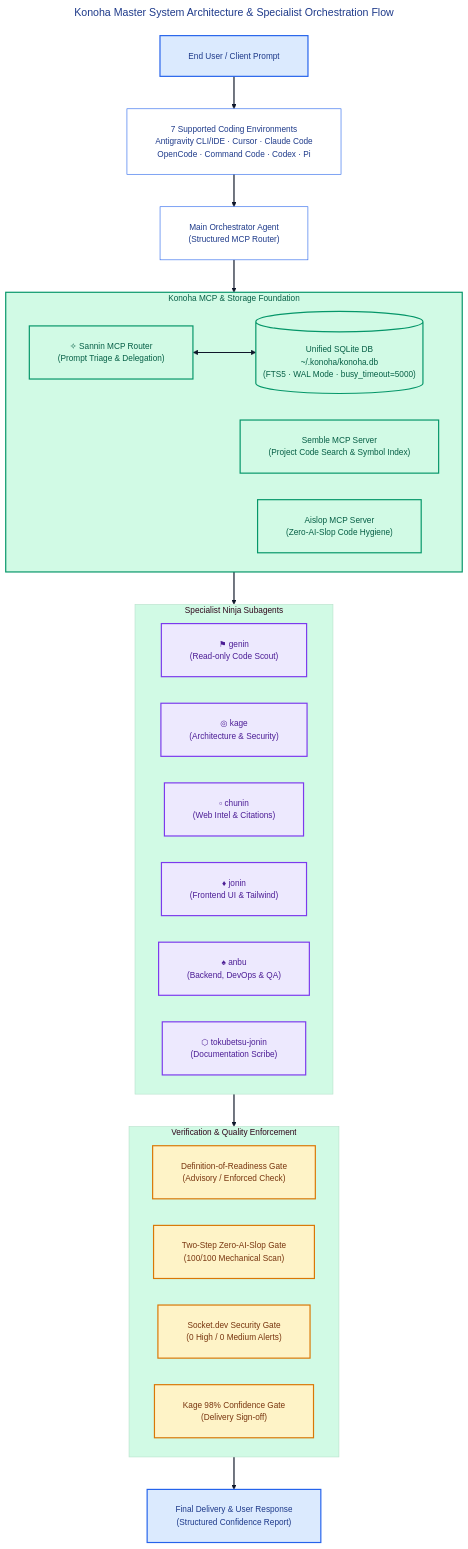
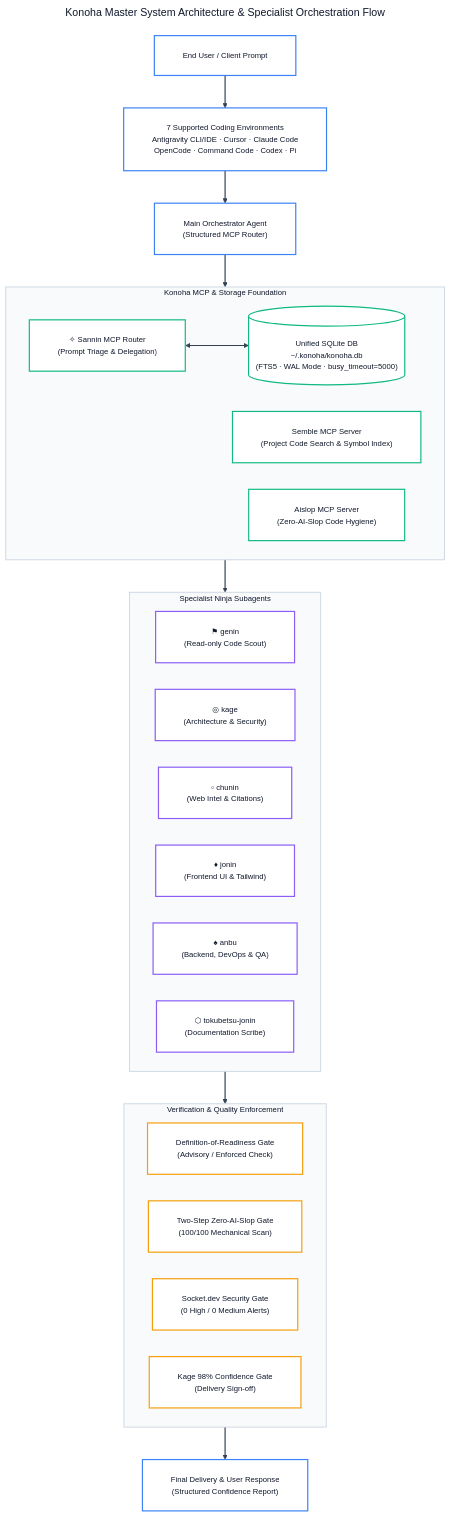
The first of 14 diagrams in docs/ALL-WORKFLOW-DIAGRAMS.md (andycungkrinx91/konoha), drawn with Mermaid before and after one commit. The commit also changed other lines of this file and 107 other files, not shown here.

````diff
--- a/docs/ALL-WORKFLOW-DIAGRAMS.md
+++ b/docs/ALL-WORKFLOW-DIAGRAMS.md
@@ -27,68 +28,74 @@
 ```mermaid
 ---
 title: Konoha Master System Architecture & Specialist Orchestration Flow
 config:
   theme: base
   themeVariables:
+    darkMode: false
     background: '#ffffff'
     mainBkg: '#ffffff'
-    primaryColor: '#dbeafe'
-    primaryTextColor: '#1e3a8a'
-    primaryBorderColor: '#2563eb'
-    lineColor: '#0f172a'
-    arrowheadColor: '#0f172a'
-    secondaryColor: '#ede9fe'
-    tertiaryColor: '#d1fae5'
-    fontFamily: 'Inter, system-ui, sans-serif'
-    fontSize: '14px'
+    primaryColor: '#ffffff'
+    primaryTextColor: '#0f172a'
+    primaryBorderColor: '#3b82f6'
+    lineColor: '#334155'
+    arrowheadColor: '#334155'
+    secondaryColor: '#f8fafc'
+    tertiaryColor: '#ffffff'
+    fontFamily: 'Inter, system-ui, -apple-system, sans-serif'
+    fontSize: '13px'
   flowchart:
     nodeSpacing: 45
     rankSpacing: 55
     padding: 24
     wrappingWidth: 380
 ---
 flowchart TB
     UserPrompt["End User / Client Prompt"] --> Clients["7 Supported Coding Environments<br/>Antigravity CLI/IDE · Cursor · Claude Code<br/>OpenCode · Command Code · Codex · Pi"]
     Clients --> Orchestrator["Main Orchestrator Agent<br/>(Structured MCP Router)"]
 
     subgraph CoreMCP ["Konoha MCP & Storage Foundation"]
-        SanninRouter["✧ Sannin MCP Router<br/>(Prompt Triage & Delegation)"]
+        SanninRouter["✧ Sannin MCP Router<br/>(Prompt Triage &amp; Delegation)"]
         SQLiteDB[("Unified SQLite DB<br/>~/.konoha/konoha.db<br/>(FTS5 · WAL Mode · busy_timeout=5000)")]
-        SembleSearch["Semble MCP Server<br/>(Project Code Search & Symbol Index)"]
+        SembleSearch["Semble MCP Server<br/>(Project Code Search &amp; Symbol Index)"]
         AislopScanner["Aislop MCP Server<br/>(Zero-AI-Slop Code Hygiene)"]
         SanninRouter <--> SQLiteDB
     end
 
     Orchestrator --> CoreMCP
 
     subgraph NinjaTeam ["Specialist Ninja Subagents"]
         Genin["⚑ genin<br/>(Read-only Code Scout)"]
-        Kage["◎ kage<br/>(Architecture & Security)"]
-        Chunin["▫ chunin<br/>(Web Intel & Citations)"]
-        Jonin["♦ jonin<br/>(Frontend UI & Tailwind)"]
-        Anbu["♠ anbu<br/>(Backend, DevOps & QA)"]
+        Kage["◎ kage<br/>(Architecture &amp; Security)"]
+        Chunin["▫ chunin<br/>(Web Intel &amp; Citations)"]
+        Jonin["♦ jonin<br/>(Frontend UI &amp; Tailwind)"]
+        Anbu["♠ anbu<br/>(Backend, DevOps &amp; QA)"]
         Tokubetsu["⬡ tokubetsu-jonin<br/>(Documentation Scribe)"]
     end
 
     CoreMCP --> NinjaTeam
 
     subgraph QualityGate ["Verification & Quality Enforcement"]
         DoRGate["Definition-of-Readiness Gate<br/>(Advisory / Enforced Check)"]
         SlopGate["Two-Step Zero-AI-Slop Gate<br/>(100/100 Mechanical Scan)"]
         SocketGate["Socket.dev Security Gate<br/>(0 High / 0 Medium Alerts)"]
         ConfidenceGate["Kage 98% Confidence Gate<br/>(Delivery Sign-off)"]
     end
 
     NinjaTeam --> QualityGate
-    QualityGate --> Delivery["Final Delivery & User Response<br/>(Structured Confidence Report)"]
+    QualityGate --> Delivery["Final Delivery &amp; User Response<br/>(Structured Confidence Report)"]
 
-    linkStyle default stroke:#0f172a,stroke-width:2px;
-    classDef user fill:#dbeafe,stroke:#2563eb,color:#1e3a8a,stroke-width:2px;
-    classDef mcp fill:#d1fae5,stroke:#059669,color:#065f46,stroke-width:2px;
-    classDef agents fill:#ede9fe,stroke:#7c3aed,color:#4c1d95,stroke-width:2px;
-    classDef gates fill:#fef3c7,stroke:#d97706,color:#78350f,stroke-width:2px;
-    class UserPrompt,Delivery user;
-    class CoreMCP,SanninRouter,SQLiteDB,SembleSearch,AislopScanner mcp;
-    class Genin,Kage,Chunin,Jonin,Anbu,Tokubetsu agents;
-    class DoRGate,SlopGate,SocketGate,ConfidenceGate gates;
+    linkStyle default stroke:#334155,stroke-width:2px;
+    style CoreMCP fill:#f8fafc,stroke:#cbd5e1,stroke-width:1.5px,color:#0f172a;
+    style NinjaTeam fill:#f8fafc,stroke:#cbd5e1,stroke-width:1.5px,color:#0f172a;
+    style QualityGate fill:#f8fafc,stroke:#cbd5e1,stroke-width:1.5px,color:#0f172a;
+
+    classDef clientNode fill:#ffffff,stroke:#3b82f6,color:#0f172a,stroke-width:2px;
+    classDef mcpNode fill:#ffffff,stroke:#10b981,color:#0f172a,stroke-width:2px;
+    classDef agentNode fill:#ffffff,stroke:#8b5cf6,color:#0f172a,stroke-width:2px;
+    classDef gateNode fill:#ffffff,stroke:#f59e0b,color:#0f172a,stroke-width:2px;
+
+    class UserPrompt,Clients,Orchestrator,Delivery clientNode;
+    class SanninRouter,SQLiteDB,SembleSearch,AislopScanner mcpNode;
+    class Genin,Kage,Chunin,Jonin,Anbu,Tokubetsu agentNode;
+    class DoRGate,SlopGate,SocketGate,ConfidenceGate gateNode;
 ```
````
